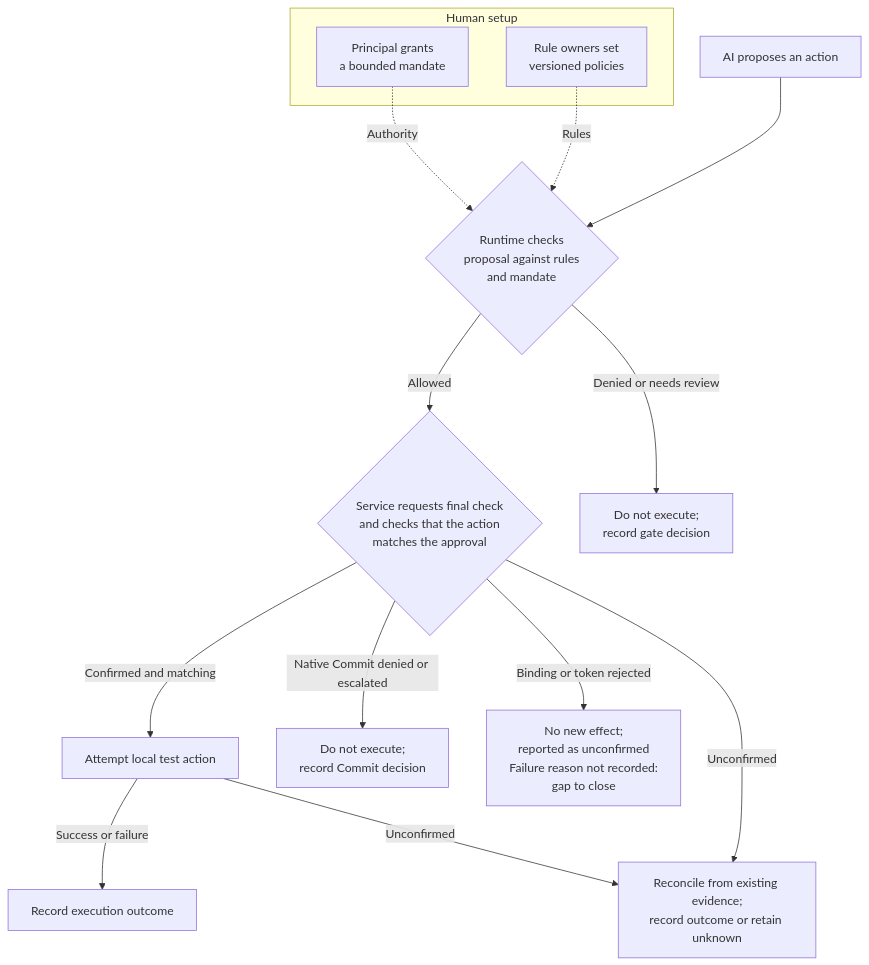
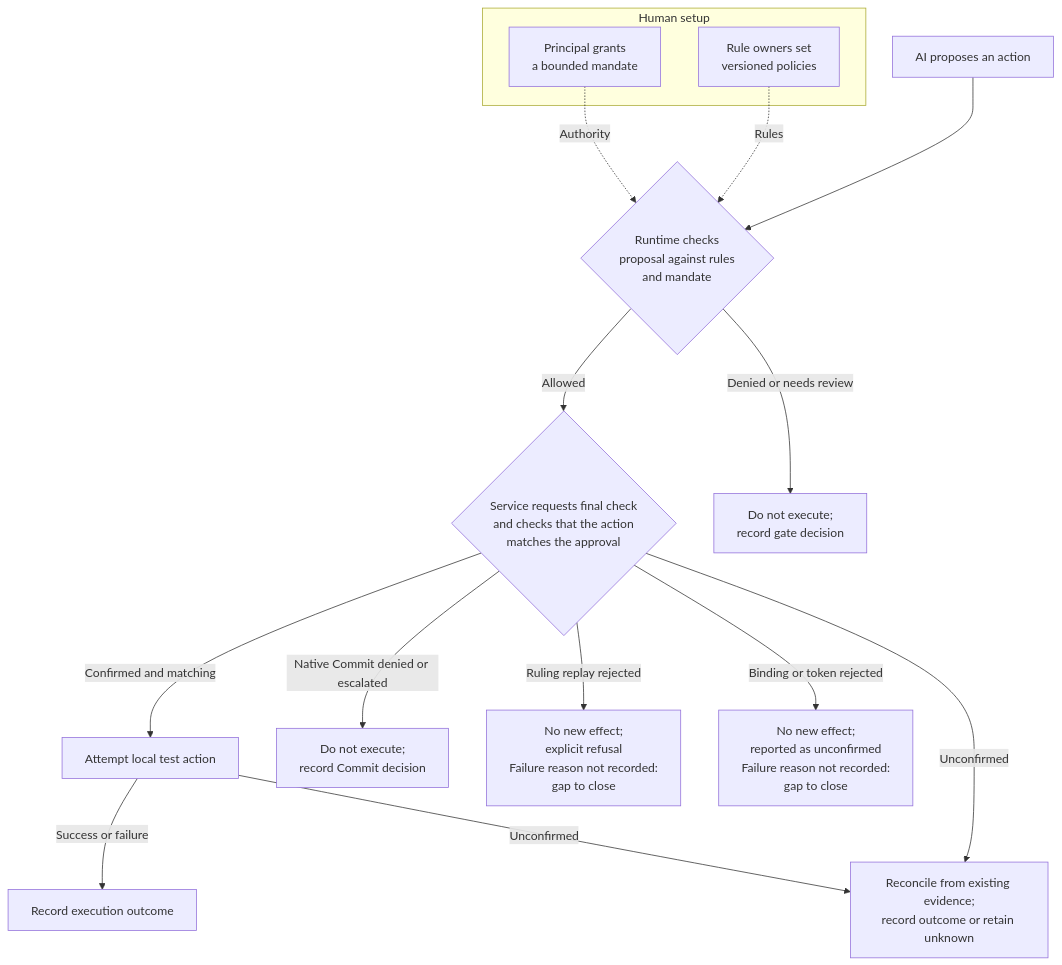
Before and after one commit to robertschaub/our-ai-charter: the first of 2 diagrams in docs/Assurance/Concepts/evidence-gated-agents.md, drawn with Mermaid. The commit also changed other lines of this file and 2 other files, not shown here.

Commit message:
docs(ega): close public release-path gaps

````diff
--- a/docs/Assurance/Concepts/evidence-gated-agents.md
+++ b/docs/Assurance/Concepts/evidence-gated-agents.md
@@ -54,18 +54,19 @@
 ```mermaid
 flowchart TD
     subgraph I["Human setup"]
         M["Principal grants<br/>a bounded mandate"]
         P["Rule owners set<br/>versioned policies"]
     end
     M -. Authority .-> G
     P -. Rules .-> G
     A["AI proposes an action"] --> G{"Runtime checks<br/>proposal against rules<br/>and mandate"}
     G -->|Allowed| S{"Service requests final check<br/>and checks that the action<br/>matches the approval"}
     S -->|Confirmed and matching| O["Attempt local test action"]
     G -->|Denied or needs review| N["Do not execute;<br/>record gate decision"]
     S -->|Native Commit denied or escalated| C["Do not execute;<br/>record Commit decision"]
+    S -->|Ruling replay rejected| RP["No new effect;<br/>explicit refusal<br/>Failure reason not recorded:<br/>gap to close"]
     S -->|Binding or token rejected| X["No new effect;<br/>reported as unconfirmed<br/>Failure reason not recorded:<br/>gap to close"]
     O -->|Success or failure| R["Record execution outcome"]
     O -->|Unconfirmed| U["Reconcile from existing evidence;<br/>record outcome or retain unknown"]
     S -->|Unconfirmed| U
 ```
````
